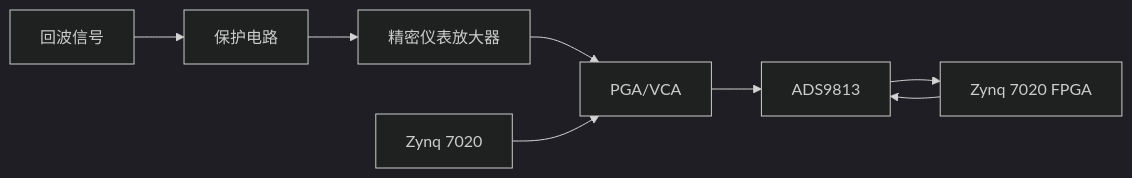
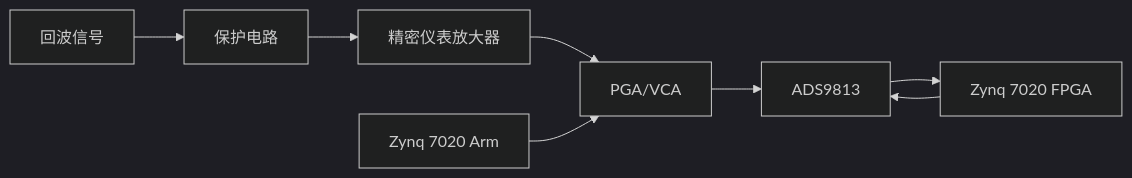
The diagram in all/多通道同步采集-1.md (Rukawa15/iodraw-files), drawn with Mermaid (dark theme) before and after one commit.

Commit message:
2025-06-19 14:01:53 update

````diff
--- a/all/多通道同步采集-1.md
+++ b/all/多通道同步采集-1.md
@@ -1,7 +1,7 @@
 ```mermaid
 graph LR
-A[回波信号] --> B[保护电路] --> C[精密仪表放大器] --> D[PGA/VCA] --> E[ADS9813] --> F[Zynq 7020 FPGA]
-G[Zynq 7020] --> D
+A[回波信号] --> Bh[保护电路] --> C[精密仪表放大器] --> D[PGA/VCA] --> E[ADS9813] --> F[Zynq 7020 FPGA]
+G[Zynq 7020 Arm] --> D
 F --> E
 
 ```
````
